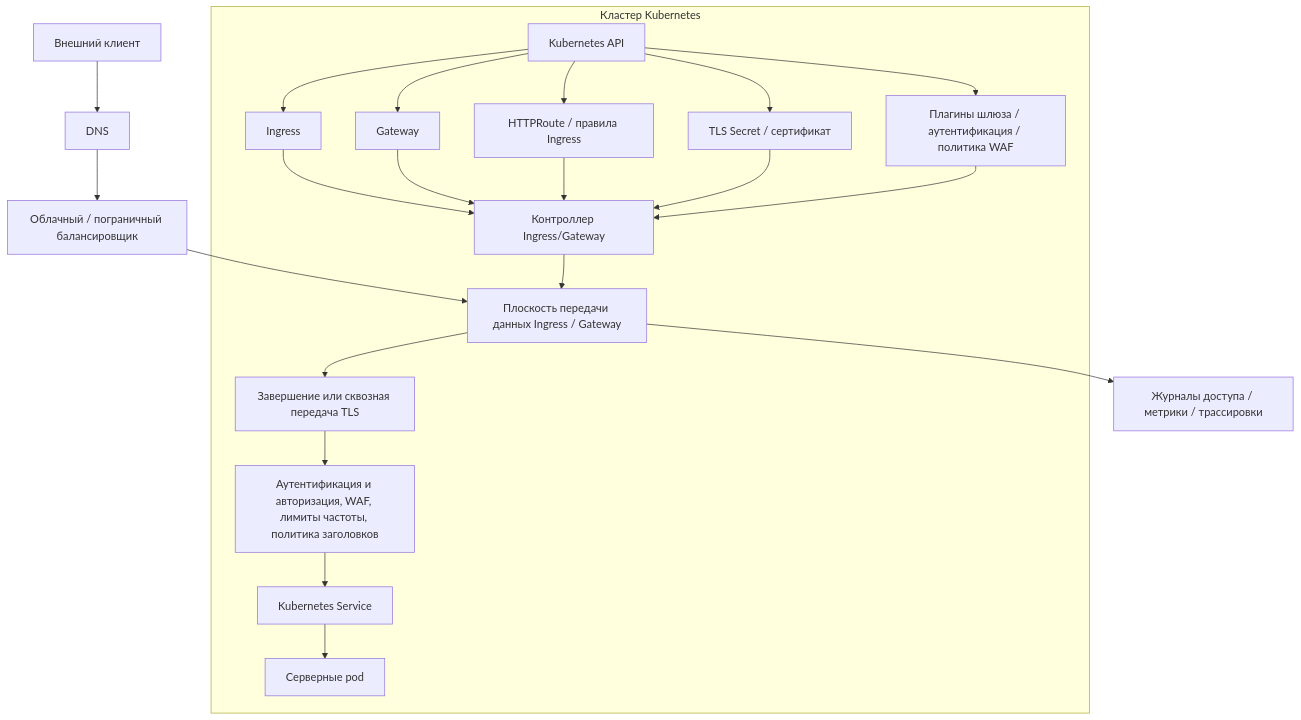
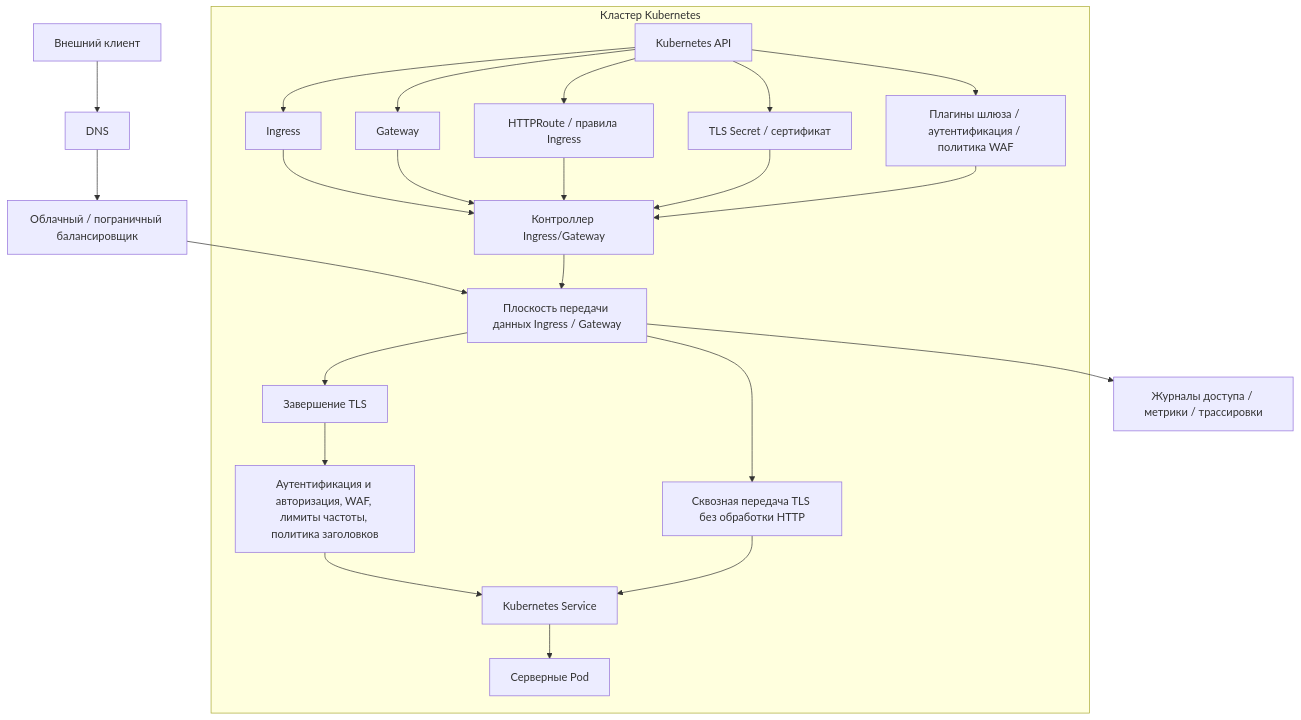
Before and after one commit to defrixx/defrixx.github.io: the eighth of 17 diagrams in reference/infrastructure-technologies/infrastructure-technologies.ru.md, drawn with Mermaid. The commit also changed other lines of this file and 149 other files, not shown here.

````diff
--- a/reference/infrastructure-technologies/infrastructure-technologies.ru.md
+++ b/reference/infrastructure-technologies/infrastructure-technologies.ru.md
@@ -507,28 +602,30 @@
 ```mermaid
 flowchart TB
   Client["Внешний клиент"] --> DNS["DNS"]
   DNS --> LB["Облачный / пограничный балансировщик"]
   LB --> GatewayDP["Плоскость передачи данных Ingress / Gateway"]
 
   subgraph K8s["Кластер Kubernetes"]
     API["Kubernetes API"] --> Ingress["Ingress"]
     API --> Gateway["Gateway"]
     API --> Route["HTTPRoute / правила Ingress"]
     API --> Secret["TLS Secret / сертификат"]
     API --> Policy["Плагины шлюза / аутентификация / политика WAF"]
 
     Controller["Контроллер Ingress/Gateway"] --> GatewayDP
     Ingress --> Controller
     Gateway --> Controller
     Route --> Controller
     Secret --> Controller
     Policy --> Controller
 
-    GatewayDP --> TLS["Завершение или сквозная передача TLS"]
+    GatewayDP --> TLS["Завершение TLS"]
     TLS --> Auth["Аутентификация и авторизация, WAF, лимиты частоты, политика заголовков"]
     Auth --> Service["Kubernetes Service"]
-    Service --> Pod["Серверные pod"]
+    Service --> Pod["Серверные Pod"]
+    GatewayDP --> Passthrough["Сквозная передача TLS без обработки HTTP"]
+    Passthrough --> Service
   end
 
   GatewayDP --> Logs["Журналы доступа / метрики / трассировки"]
 ```
````
